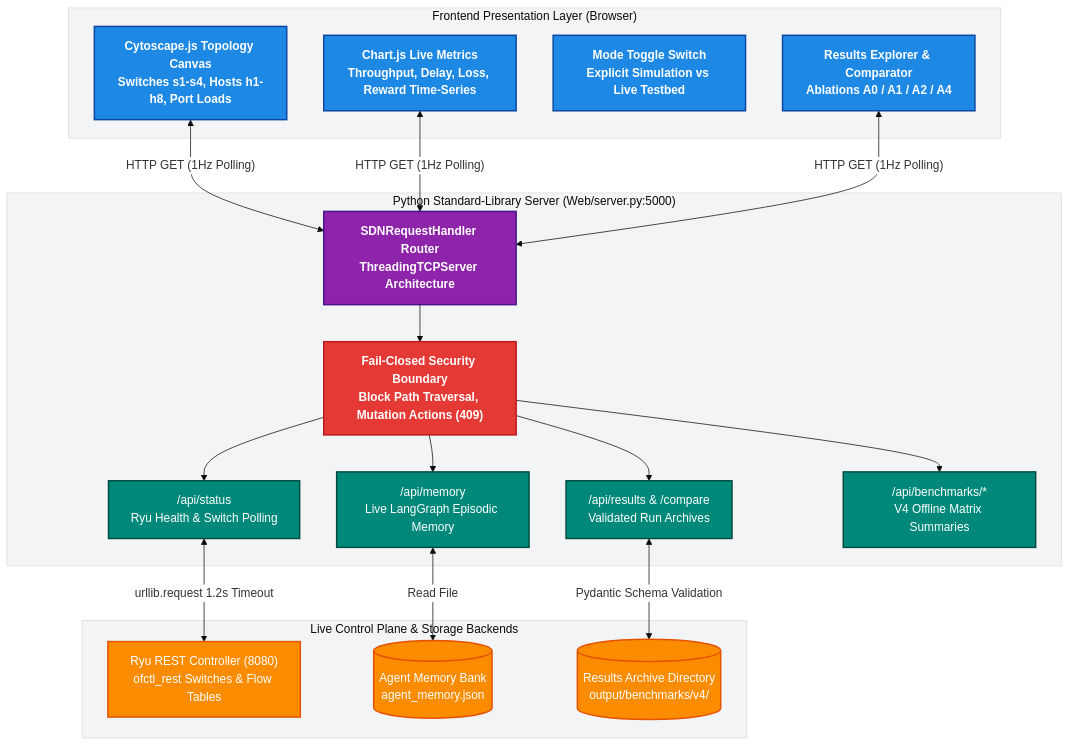
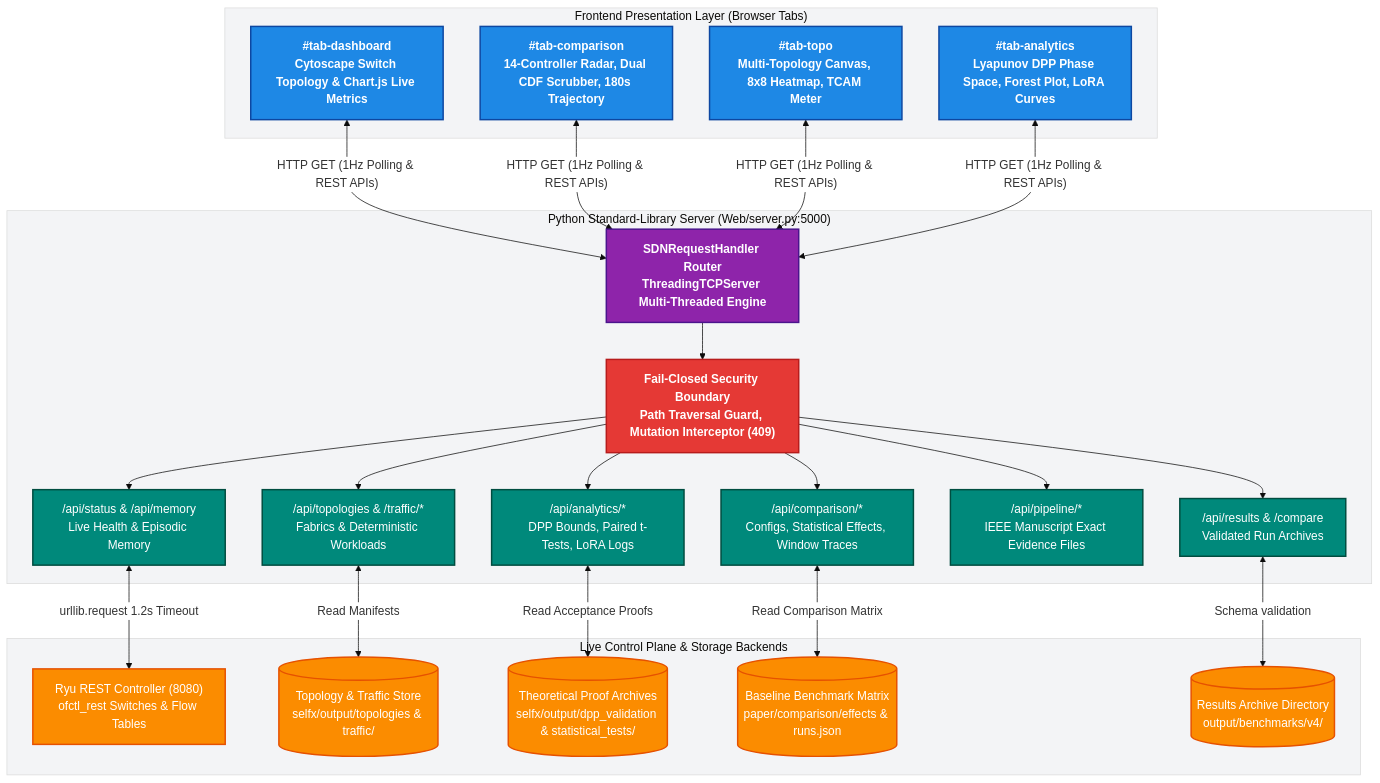
One commit to Ganesh172919/SDN changed the diagram in Web/README.md. Above: the diagram before and after it, drawn with Mermaid. The commit also changed other lines of this file and 38 other files, not shown here.

````diff
--- a/Web/README.md
+++ b/Web/README.md
@@ -23,40 +38,46 @@
 ```mermaid
 %%{init: {'theme': 'base', 'themeVariables': { 'primaryColor': '#1E88E5', 'edgeLabelBackground':'#ffffff', 'tertiaryColor': '#F3F4F6'}}}%%
 flowchart TD
     classDef clientNode fill:#1E88E5,stroke:#0D47A1,stroke-width:2px,color:#ffffff,font-weight:bold;
     classDef serverNode fill:#8E24AA,stroke:#4A148C,stroke-width:2px,color:#ffffff,font-weight:bold;
     classDef securityNode fill:#E53935,stroke:#B71C1C,stroke-width:2px,color:#ffffff,font-weight:bold;
     classDef apiNode fill:#00897B,stroke:#004D40,stroke-width:2px,color:#ffffff;
     classDef dataNode fill:#FB8C00,stroke:#E65100,stroke-width:2px,color:#ffffff;
 
-    subgraph BrowserClient ["Frontend Presentation Layer (Browser)"]
-        CYTO["Cytoscape.js Topology Canvas<br/>Switches s1-s4, Hosts h1-h8, Port Loads"]:::clientNode
-        CHARTS["Chart.js Live Metrics<br/>Throughput, Delay, Loss, Reward Time-Series"]:::clientNode
-        UI_MODE["Mode Toggle Switch<br/>Explicit Simulation vs Live Testbed"]:::clientNode
-        EXP_EXP["Results Explorer & Comparator<br/>Ablations A0 / A1 / A2 / A4"]:::clientNode
+    subgraph BrowserClient ["Frontend Presentation Layer (Browser Tabs)"]
+        DASH_TAB["#tab-dashboard<br/>Cytoscape Switch Topology & Chart.js Live Metrics"]:::clientNode
+        COMP_TAB["#tab-comparison<br/>14-Controller Radar, Dual CDF Scrubber, 180s Trajectory"]:::clientNode
+        TOPO_TAB["#tab-topo<br/>Multi-Topology Canvas, 8x8 Heatmap, TCAM Meter"]:::clientNode
+        ANLY_TAB["#tab-analytics<br/>Lyapunov DPP Phase Space, Forest Plot, LoRA Curves"]:::clientNode
     end
 
     subgraph HTTPServer ["Python Standard-Library Server (Web/server.py:5000)"]
-        ROUTER["SDNRequestHandler Router<br/>ThreadingTCPServer Architecture"]:::serverNode
-        SEC_GATE["Fail-Closed Security Boundary<br/>Block Path Traversal, Mutation Actions (409)"]:::securityNode
-        
-        API_STAT["/api/status<br/>Ryu Health & Switch Polling"]:::apiNode
-        API_MEM["/api/memory<br/>Live LangGraph Episodic Memory"]:::apiNode
+        ROUTER["SDNRequestHandler Router<br/>ThreadingTCPServer Multi-Threaded Engine"]:::serverNode
+        SEC_GATE["Fail-Closed Security Boundary<br/>Path Traversal Guard, Mutation Interceptor (409)"]:::securityNode
+
+        API_STAT["/api/status & /api/memory<br/>Live Health & Episodic Memory"]:::apiNode
+        API_COMP["/api/comparison/*<br/>Configs, Statistical Effects, Window Traces"]:::apiNode
+        API_TOPO["/api/topologies & /traffic/*<br/>Fabrics & Deterministic Workloads"]:::apiNode
+        API_ANLY["/api/analytics/*<br/>DPP Bounds, Paired t-Tests, LoRA Logs"]:::apiNode
+        API_PIPE["/api/pipeline/*<br/>IEEE Manuscript Exact Evidence Files"]:::apiNode
         API_RES["/api/results & /compare<br/>Validated Run Archives"]:::apiNode
-        API_BENCH["/api/benchmarks/*<br/>V4 Offline Matrix Summaries"]:::apiNode
     end
 
     subgraph Backends ["Live Control Plane & Storage Backends"]
         RYU["Ryu REST Controller (8080)<br/>ofctl_rest Switches & Flow Tables"]:::dataNode
-        JSON_STORE[("Agent Memory Bank<br/>agent_memory.json")]:::dataNode
+        TOPO_STORE[("Topology & Traffic Store<br/>selfx/output/topologies & traffic/")]:::dataNode
+        ANLY_STORE[("Theoretical Proof Archives<br/>selfx/output/dpp_validation & statistical_tests/")]:::dataNode
+        COMP_STORE[("Baseline Benchmark Matrix<br/>paper/comparison/effects & runs.json")]:::dataNode
         RES_STORE[("Results Archive Directory<br/>output/benchmarks/v4/")]:::dataNode
     end
 
-    CYTO & CHARTS & EXP_EXP <-->|"HTTP GET (1Hz Polling)"| ROUTER
+    DASH_TAB & COMP_TAB & TOPO_TAB & ANLY_TAB <-->|"HTTP GET (1Hz Polling & REST APIs)"| ROUTER
     ROUTER --> SEC_GATE
-    SEC_GATE --> API_STAT & API_MEM & API_RES & API_BENCH
-    
+    SEC_GATE --> API_STAT & API_COMP & API_TOPO & API_ANLY & API_PIPE & API_RES
+
     API_STAT <-->|urllib.request 1.2s Timeout| RYU
-    API_MEM <-->|Read File| JSON_STORE
-    API_RES <-->|Pydantic Schema Validation| RES_STORE
+    API_TOPO <-->|Read Manifests| TOPO_STORE
+    API_ANLY <-->|Read Acceptance Proofs| ANLY_STORE
+    API_COMP <-->|Read Comparison Matrix| COMP_STORE
+    API_RES <-->|Schema validation| RES_STORE
 ```
````
